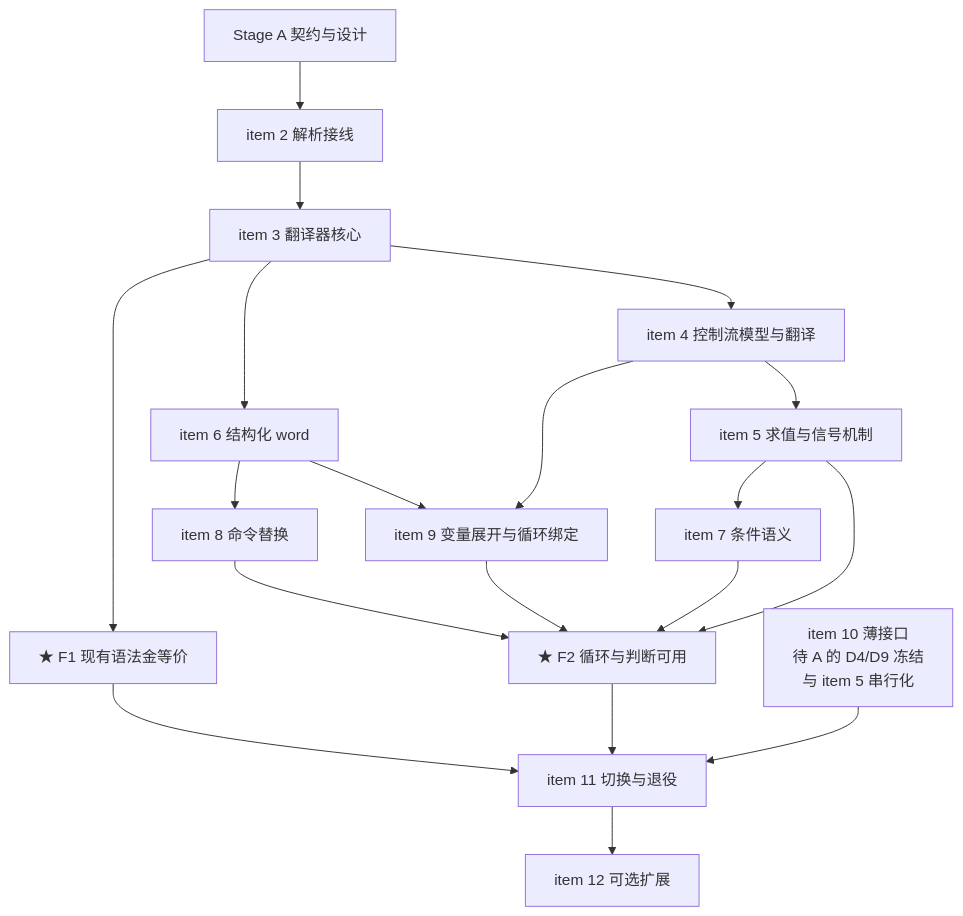
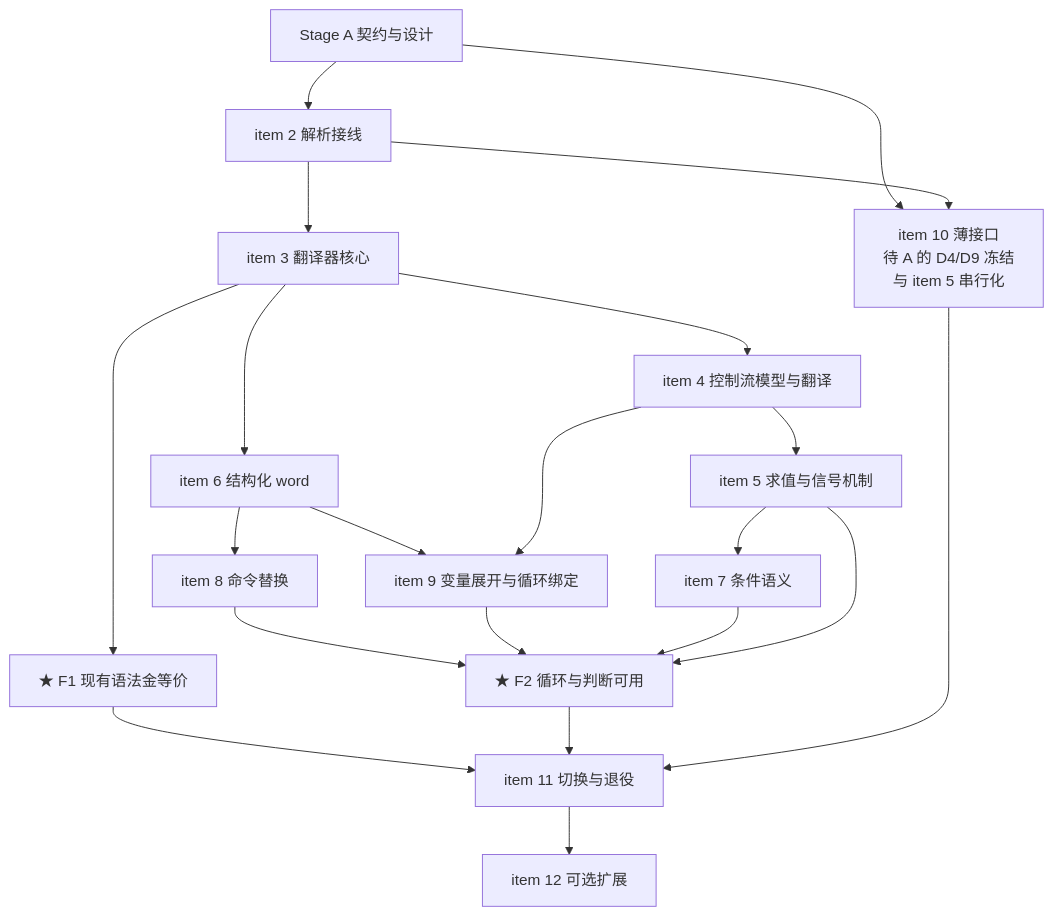
One commit to entropy-cloud/nop-entropy changed the diagram in ai-dev/backlog/nop-ai-shell-bash-cst-frontend-roadmap.md. Above: the diagram before and after it, drawn with Mermaid. The commit also changed other lines of this file and 1 other file, not shown here.

First line of the commit message:
docs(nop-ai-shell): roadmap R3 终审 CONSENSUS——落字 dump 不变量等 6 项收口 + 三轮审查记录归档

````diff
--- a/ai-dev/backlog/nop-ai-shell-bash-cst-frontend-roadmap.md
+++ b/ai-dev/backlog/nop-ai-shell-bash-cst-frontend-roadmap.md
@@ -222,21 +228,23 @@
 ```mermaid
 graph TD
     A[Stage A 契约与设计] --> B1[item 2 解析接线]
+    A --> D0[item 10 薄接口<br/>待 A 的 D4/D9 冻结<br/>与 item 5 串行化]
     B1 --> B2[item 3 翻译器核心]
     B2 --> F1[★ F1 现有语法金等价]
+    B1 --> D0
     B2 --> C1[item 4 控制流模型与翻译]
     B2 --> C0[item 6 结构化 word]
     C1 --> C2[item 5 求值与信号机制]
     C0 --> C3[item 8 命令替换]
     C0 --> C4[item 9 变量展开与循环绑定]
     C1 --> C4
     C2 --> C5[item 7 条件语义]
     C3 --> F2[★ F2 循环与判断可用]
     C4 --> F2
     C5 --> F2
     C2 --> F2
     F1 --> E[item 11 切换与退役]
     F2 --> E
     D0[item 10 薄接口<br/>待 A 的 D4/D9 冻结<br/>与 item 5 串行化] --> E
     E --> O[item 12 可选扩展]
 ```
````
